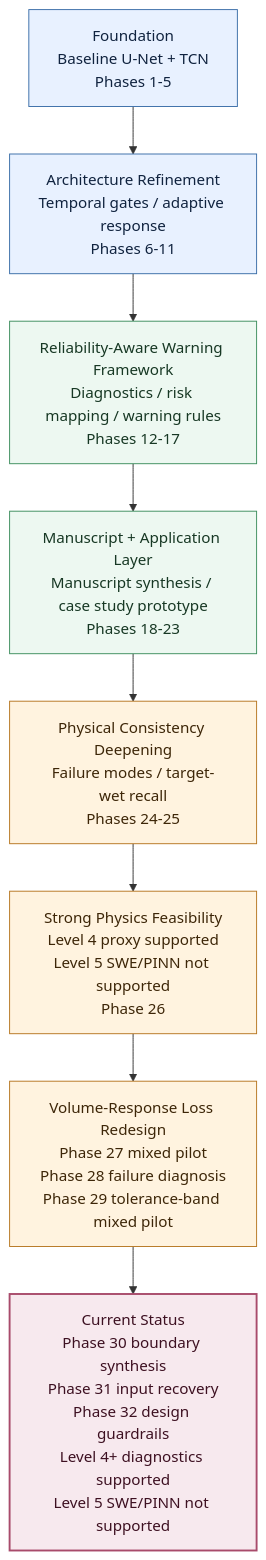
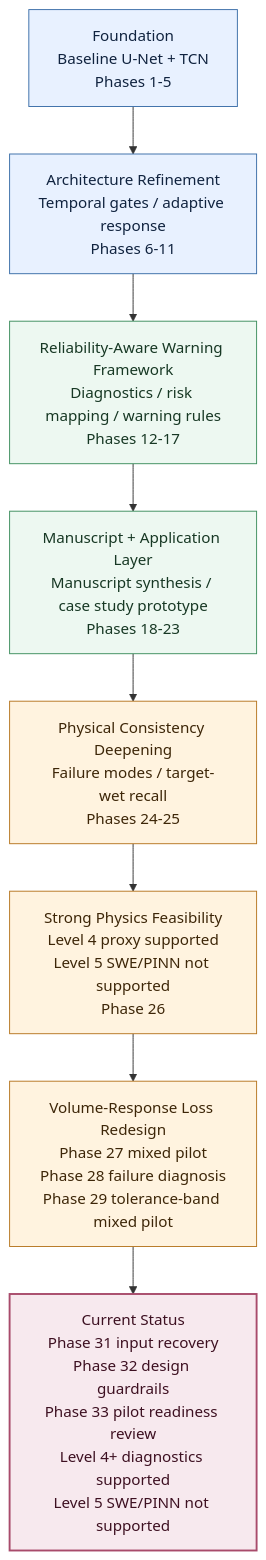
Before and after one commit to HolyLin990604/physics-guided-urban-flood-prediction: the second of 3 diagrams in README.md, drawn with Mermaid. The commit also changed other lines of this file and 2 other files, not shown here.

Commit message:
docs: sync phase33 seed42 pilot readiness status

````diff
--- a/README.md
+++ b/README.md
@@ -28,18 +28,18 @@
 ```mermaid
 flowchart TB
     A["Foundation<br/>Baseline U-Net + TCN<br/>Phases 1-5"]:::foundation
     B["Architecture Refinement<br/>Temporal gates / adaptive response<br/>Phases 6-11"]:::foundation
     C["Reliability-Aware Warning Framework<br/>Diagnostics / risk mapping / warning rules<br/>Phases 12-17"]:::reliability
     D["Manuscript + Application Layer<br/>Manuscript synthesis / case study prototype<br/>Phases 18-23"]:::reliability
     E["Physical Consistency Deepening<br/>Failure modes / target-wet recall<br/>Phases 24-25"]:::physics
     F["Strong Physics Feasibility<br/>Level 4 proxy supported<br/>Level 5 SWE/PINN not supported<br/>Phase 26"]:::physics
     G["Volume-Response Loss Redesign<br/>Phase 27 mixed pilot<br/>Phase 28 failure diagnosis<br/>Phase 29 tolerance-band mixed pilot"]:::physics
-    H["Current Status<br/>Phase 30 boundary synthesis<br/>Phase 31 input recovery<br/>Phase 32 design guardrails<br/>Level 4+ diagnostics supported<br/>Level 5 SWE/PINN not supported"]:::current
+    H["Current Status<br/>Phase 31 input recovery<br/>Phase 32 design guardrails<br/>Phase 33 pilot readiness review<br/>Level 4+ diagnostics supported<br/>Level 5 SWE/PINN not supported"]:::current
 
     A --> B --> C --> D --> E --> F --> G --> H
 
     classDef foundation fill:#e8f1ff,stroke:#3b6ea8,stroke-width:1px,color:#10233f
     classDef reliability fill:#edf8f1,stroke:#3f8f5f,stroke-width:1px,color:#173824
     classDef physics fill:#fff3df,stroke:#b77722,stroke-width:1px,color:#3d2608
     classDef current fill:#f7e9ee,stroke:#a84b6b,stroke-width:2px,color:#3d1021
 ```
````
